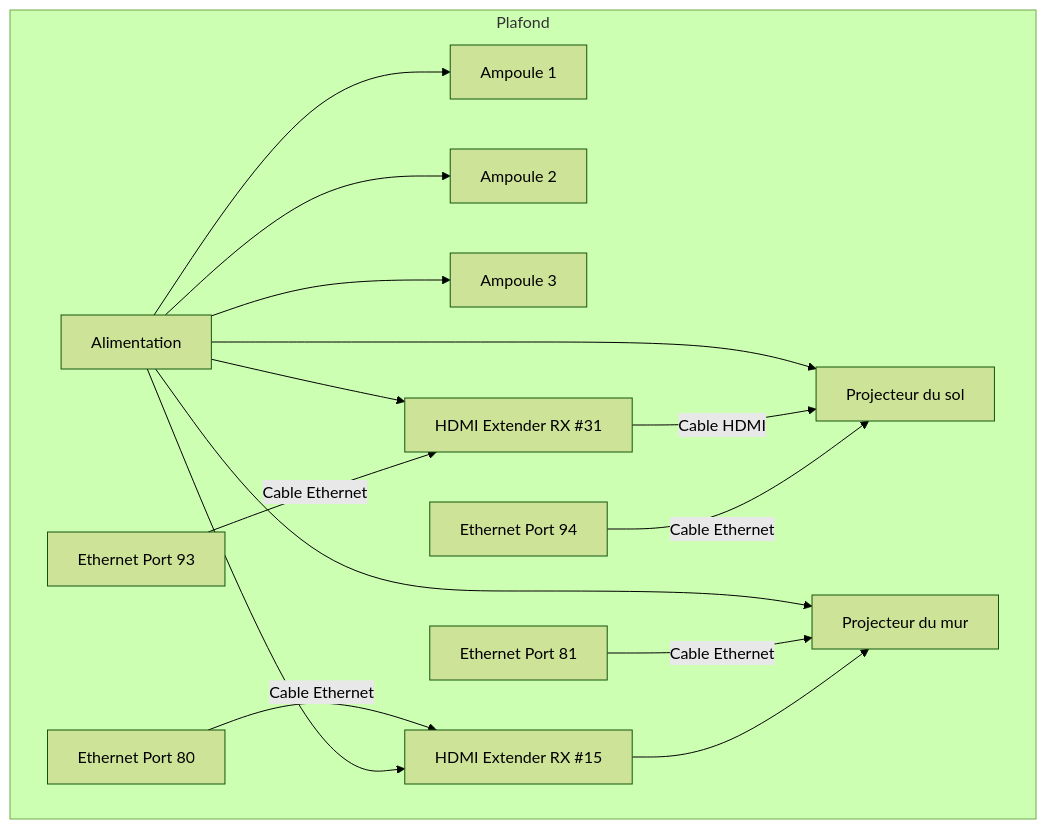
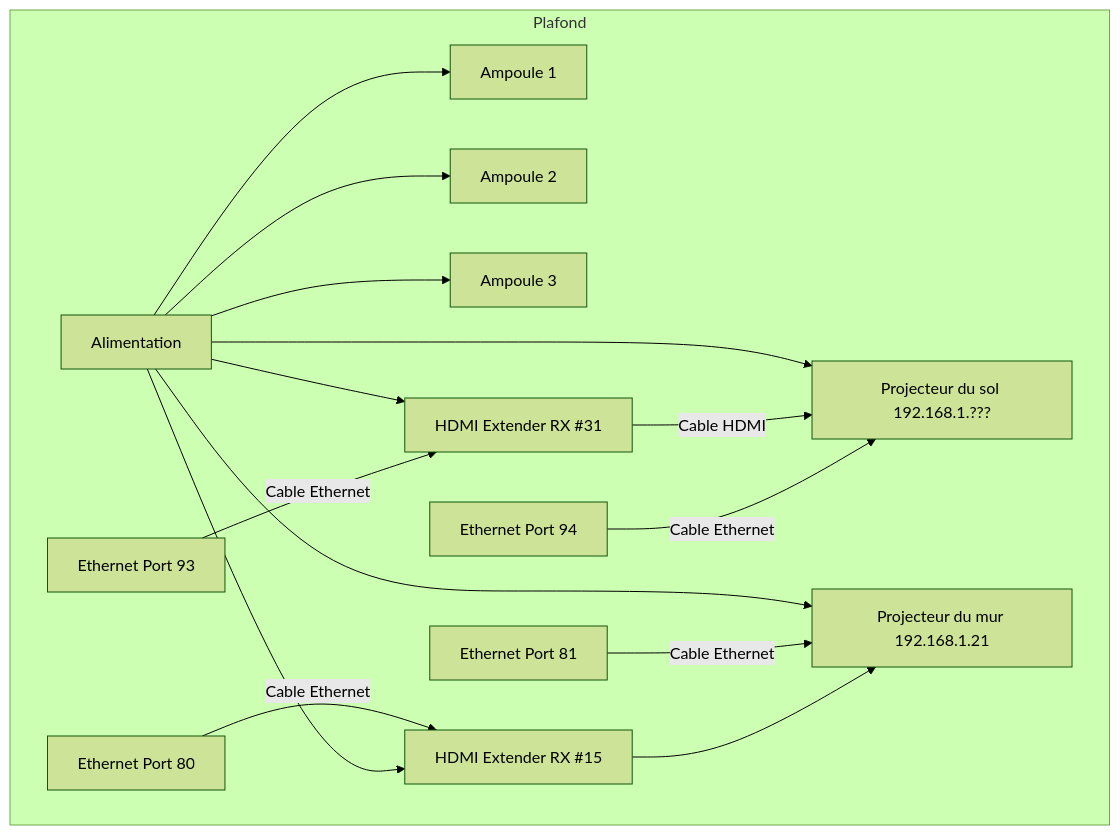
The second of 3 diagrams in 40_maquette/README.md (Miaou-Mafia/projet-luminatura), drawn with Mermaid (forest theme) before and after one commit.

````diff
--- a/40_maquette/README.md
+++ b/40_maquette/README.md
@@ -160,18 +160,18 @@
 ```mermaid
 flowchart TD
     subgraph Plafond
-        A[Alimentation] --> B[Projecteur du sol]
+        A[Alimentation] --> B[Projecteur du sol 192.168.1.???]
         A --> C[Ampoule 1]
         A --> D[Ampoule 2]
         A --> E[Ampoule 3]
         A --> F[HDMI Extender RX #31]
         F -->| Cable HDMI | B
         G[Ethernet Port 94] -->| Cable Ethernet | B
         H[Ethernet Port 93] -->| Cable Ethernet | F
-        A --> I[Projecteur du mur]
+        A --> I[Projecteur du mur 192.168.1.21]
         K[Ethernet Port 81] -->| Cable Ethernet | I
         L[Ethernet Port 80] -->| Cable Ethernet | M[HDMI Extender RX #15]
         M --> I
         A --> M
     end
 ```
````
